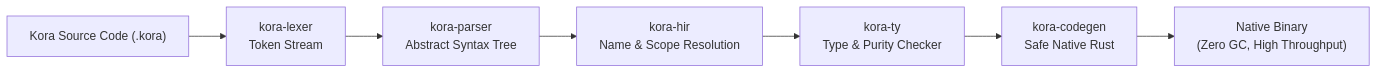
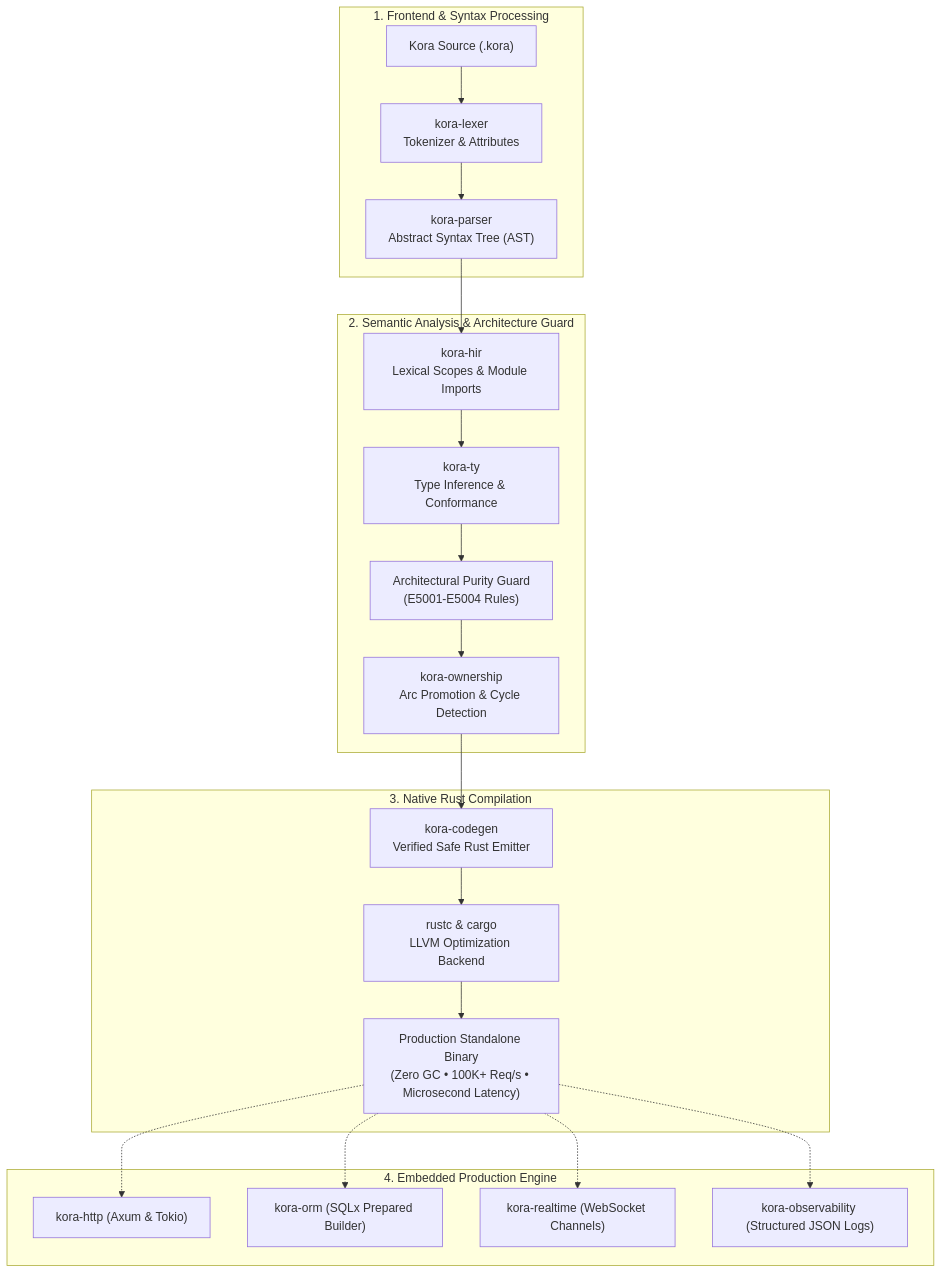
The diagram in README.md (Hwai-technology/kora-framework), drawn with Mermaid before and after one commit. The commit also changed other lines of this file, not shown here.

Commit message:
docs: add code example, updated compiler pipeline, and implementation status to README

````diff
--- a/README.md
+++ b/README.md
@@ -117,9 +145,27 @@
 ```mermaid
-flowchart LR
-    A["Kora Source Code (.kora)"] --> B["kora-lexer\nToken Stream"]
-    B --> C["kora-parser\nAbstract Syntax Tree"]
-    C --> D["kora-hir\nName & Scope Resolution"]
-    D --> E["kora-ty\nType & Purity Checker"]
-    E --> F["kora-codegen\nSafe Native Rust"]
-    F --> G["Native Binary\n(Zero GC, High Throughput)"]
+flowchart TD
+    subgraph Frontend["1. Frontend & Syntax Processing"]
+        SRC["Kora Source (.kora)"] --> LEX["kora-lexer\nTokenizer & Attributes"]
+        LEX --> PARSE["kora-parser\nAbstract Syntax Tree (AST)"]
+    end
+
+    subgraph Semantic["2. Semantic Analysis & Architecture Guard"]
+        PARSE --> HIR["kora-hir\nLexical Scopes & Module Imports"]
+        HIR --> TY["kora-ty\nType Inference & Conformance"]
+        TY --> ARCH["Architectural Purity Guard\n(E5001-E5004 Rules)"]
+        ARCH --> OWN["kora-ownership\nArc Promotion & Cycle Detection"]
+    end
+
+    subgraph Native["3. Native Rust Compilation"]
+        OWN --> CG["kora-codegen\nVerified Safe Rust Emitter"]
+        CG --> RUSTC["rustc & cargo\nLLVM Optimization Backend"]
+        RUSTC --> BIN["Production Standalone Binary\n(Zero GC • 100K+ Req/s • Microsecond Latency)"]
+    end
+
+    subgraph Runtime["4. Embedded Production Engine"]
+        BIN -.-> HTTP["kora-http (Axum & Tokio)"]
+        BIN -.-> ORM["kora-orm (SQLx Prepared Builder)"]
+        BIN -.-> RT["kora-realtime (WebSocket Channels)"]
+        BIN -.-> OBS["kora-observability (Structured JSON Logs)"]
+    end
 ```
````
